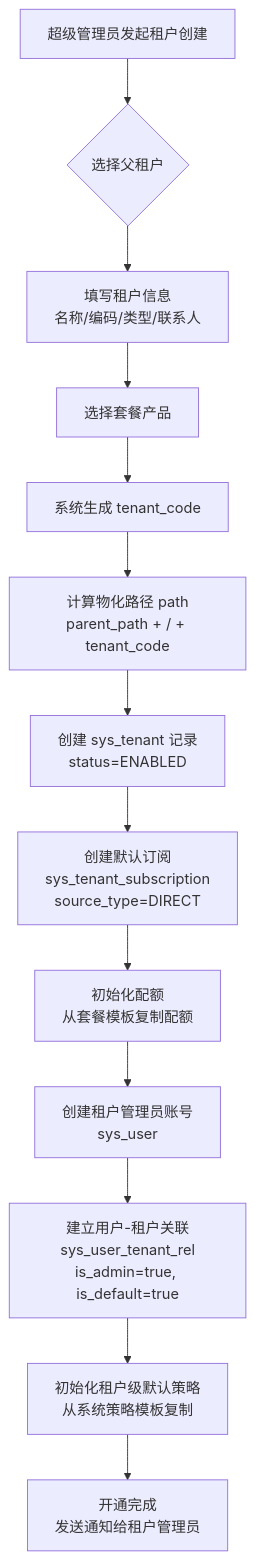
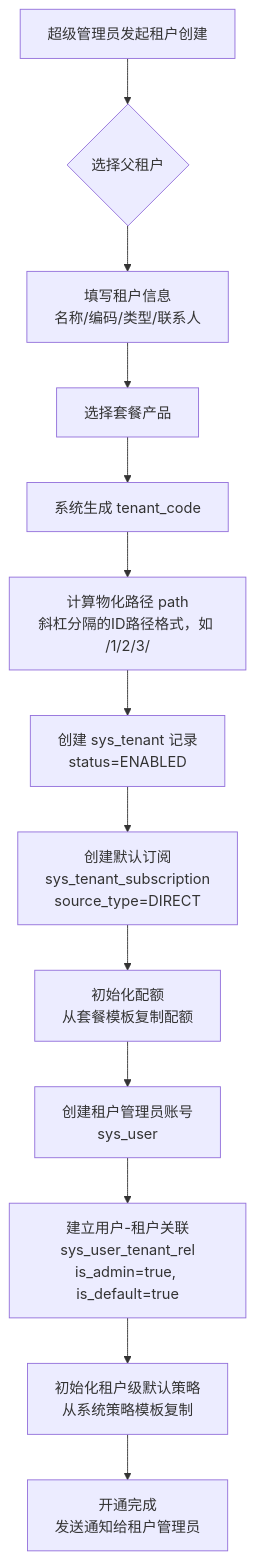
One commit to shy-doki/nexusix-platform changed the first of 4 diagrams in docs/PRD.md. Above: the diagram before and after it, drawn with Mermaid. The commit also changed other lines of this file and 7 other files, not shown here.

````diff
--- a/docs/PRD.md
+++ b/docs/PRD.md
@@ -721,15 +745,15 @@
 ```mermaid
 flowchart TD
     A[超级管理员发起租户创建] --> B{选择父租户}
     B --> C[填写租户信息<br/>名称/编码/类型/联系人]
     C --> D[选择套餐产品]
     D --> E[系统生成 tenant_code]
-    E --> F[计算物化路径 path<br/>parent_path + / + tenant_code]
+    E --> F[计算物化路径 path<br/>斜杠分隔的ID路径格式，如 /1/2/3/]
     F --> G[创建 sys_tenant 记录<br/>status=ENABLED]
     G --> H[创建默认订阅<br/>sys_tenant_subscription<br/>source_type=DIRECT]
     H --> I[初始化配额<br/>从套餐模板复制配额]
     I --> J[创建租户管理员账号<br/>sys_user]
     J --> K[建立用户-租户关联<br/>sys_user_tenant_rel<br/>is_admin=true, is_default=true]
     K --> L[初始化租户级默认策略<br/>从系统策略模板复制]
     L --> M[开通完成<br/>发送通知给租户管理员]
 ```
````
